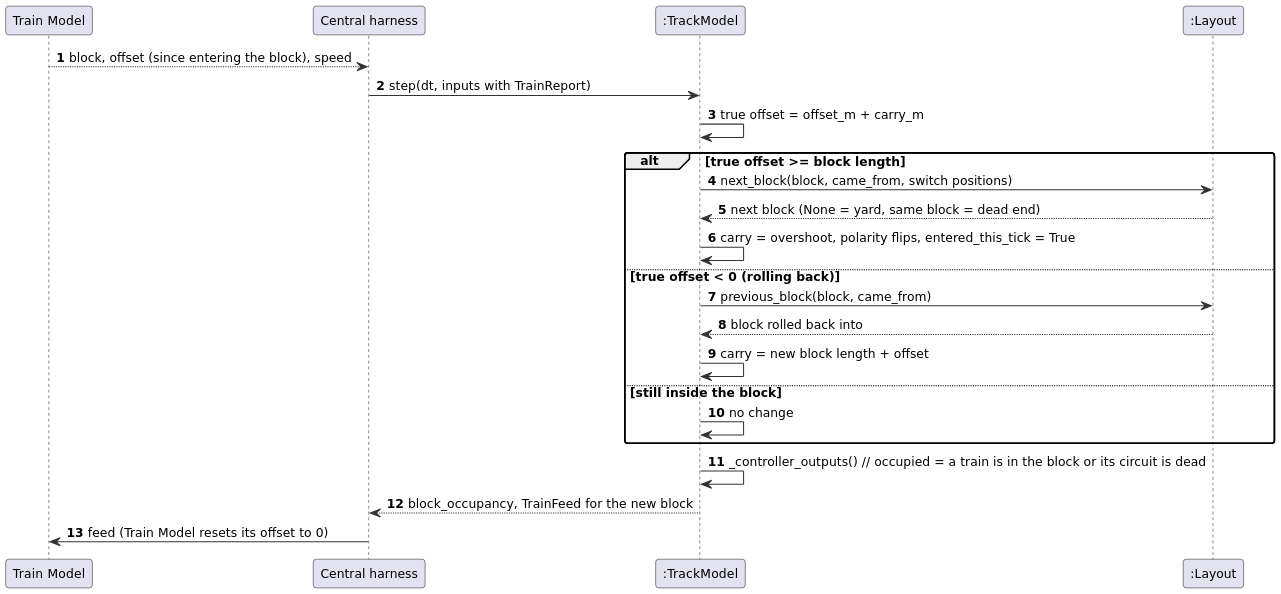
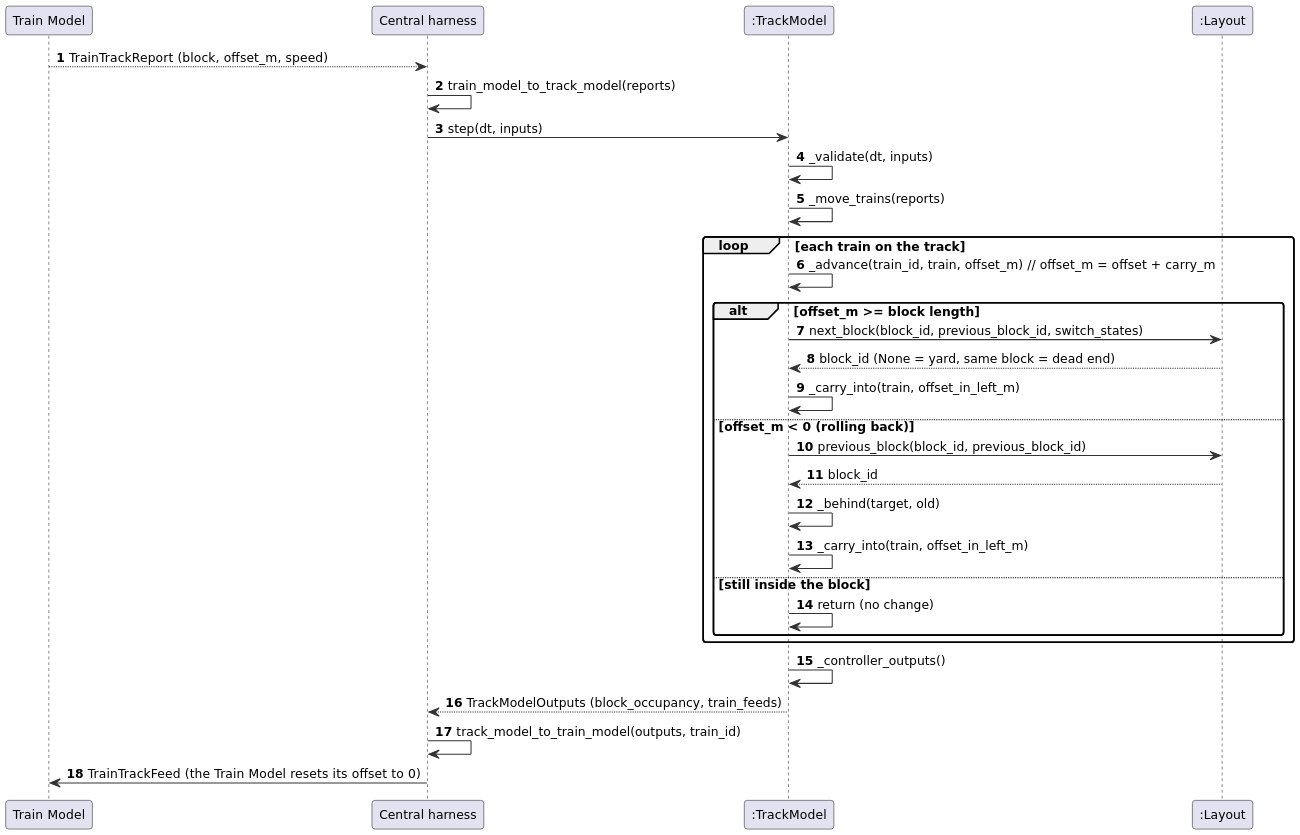
The diagram in documents/uml/track_model/sd03_position.puml (Landiss04/Track-Overflow), drawn with PlantUML before and after one commit. The commit also changed 39 other files, not shown here.

First line of the commit message:
Track Model diagrams: sequence messages show the real method calls; use case actors joined by plain lines

```diff
--- a/documents/uml/track_model/sd03_position.puml
+++ b/documents/uml/track_model/sd03_position.puml
@@ -1,33 +1,40 @@
 @startuml
 skinparam shadowing false
 skinparam dpi 170
 skinparam defaultFontName DejaVu Sans
 skinparam defaultFontSize 12
 skinparam roundCorner 6
 skinparam ArrowColor #333333
 skinparam BackgroundColor white
 skinparam sequenceMessageAlign left
 skinparam ParticipantPadding 20
 autonumber
 participant "Train Model" as TRM
 participant "Central harness" as H
 participant ":TrackModel" as TM
 participant ":Layout" as L
-TRM --> H : block, offset (since entering the block), speed
-H -> TM : step(dt, inputs with TrainReport)
-TM -> TM : true offset = offset_m + carry_m
-alt true offset >= block length
-  TM -> L : next_block(block, came_from, switch positions)
-  L --> TM : next block (None = yard, same block = dead end)
-  TM -> TM : carry = overshoot, polarity flips, entered_this_tick = True
-else true offset < 0 (rolling back)
-  TM -> L : previous_block(block, came_from)
-  L --> TM : block rolled back into
-  TM -> TM : carry = new block length + offset
-else still inside the block
-  TM -> TM : no change
+TRM --> H : TrainTrackReport (block, offset_m, speed)
+H -> H : train_model_to_track_model(reports)
+H -> TM : step(dt, inputs)
+TM -> TM : _validate(dt, inputs)
+TM -> TM : _move_trains(reports)
+loop each train on the track
+  TM -> TM : _advance(train_id, train, offset_m)  // offset_m = offset + carry_m
+  alt offset_m >= block length
+    TM -> L : next_block(block_id, previous_block_id, switch_states)
+    L --> TM : block_id (None = yard, same block = dead end)
+    TM -> TM : _carry_into(train, offset_in_left_m)
+  else offset_m < 0 (rolling back)
+    TM -> L : previous_block(block_id, previous_block_id)
+    L --> TM : block_id
+    TM -> TM : _behind(target, old)
+    TM -> TM : _carry_into(train, offset_in_left_m)
+  else still inside the block
+    TM -> TM : return (no change)
+  end
 end
-TM -> TM : _controller_outputs()  // occupied = a train is in the block or its circuit is dead
-TM --> H : block_occupancy, TrainFeed for the new block
-H -> TRM : feed (Train Model resets its offset to 0)
+TM -> TM : _controller_outputs()
+TM --> H : TrackModelOutputs (block_occupancy, train_feeds)
+H -> H : track_model_to_train_model(outputs, train_id)
+H -> TRM : TrainTrackFeed (the Train Model resets its offset to 0)
 @enduml
```
